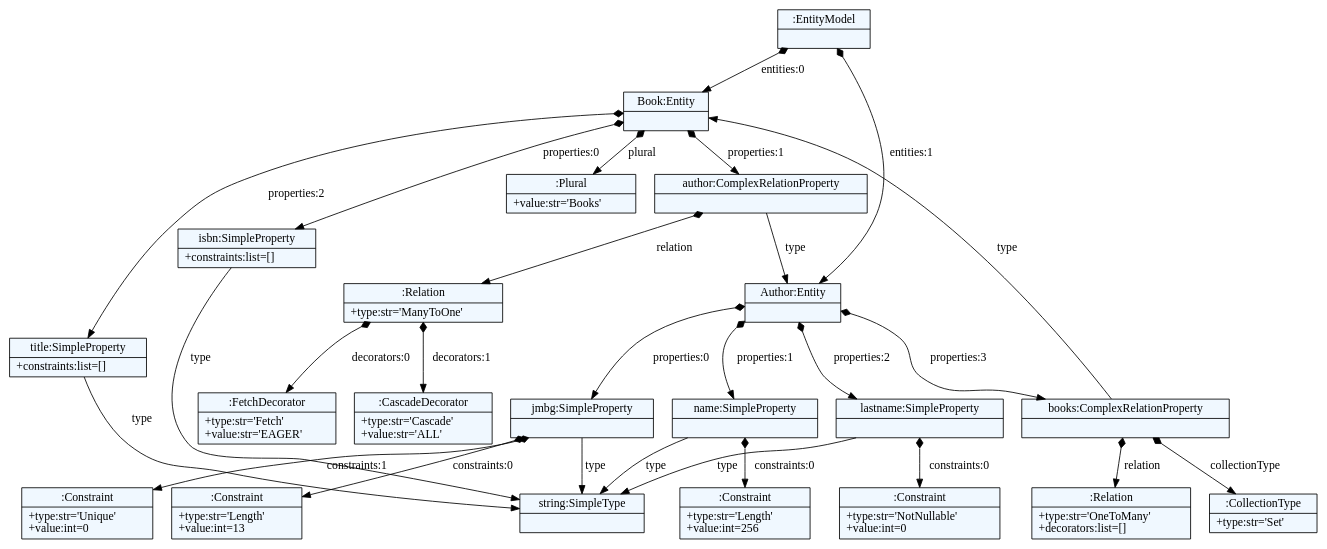
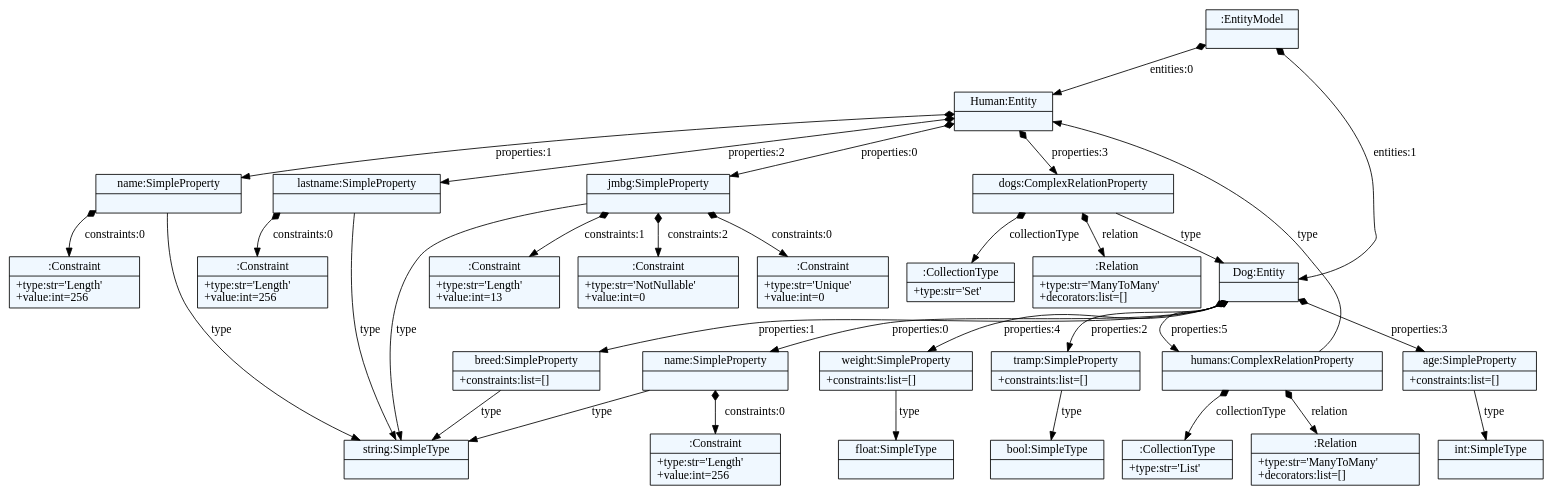
The diagram in dotexport/example.dot (saleee6/JSZDPocetni), drawn with Graphviz before and after one commit. The commit also changed 46 other files, not shown here.

```diff
--- a/dotexport/example.dot
+++ b/dotexport/example.dot
@@ -1,62 +1,74 @@
 
     digraph textX {
     fontname = "Bitstream Vera Sans"
     fontsize = 8
     node[
         shape=record,
         style=filled,
         fillcolor=aliceblue
     ]
     nodesep = 0.3
     edge[dir=black,arrowtail=empty]
 
 
-1652989299200 -> 1652989297760 [label="entities:0" arrowtail=diamond dir=both]
-1652989297760 -> 1652989300448 [label="properties:0" arrowtail=diamond dir=both]
-1652989300448 -> 1652947102064 [label="type" ]
-1652947102064[label="{string:SimpleType|}"]
-1652989300448[label="{isbn:SimpleProperty|+constraints:list=[]\l}"]
-1652989297760 -> 1652989298288 [label="properties:1" arrowtail=diamond dir=both]
-1652989298288 -> 1652989298144 [label="relation" arrowtail=diamond dir=both]
-1652989298144 -> 1652989297808 [label="decorators:0" arrowtail=diamond dir=both]
-1652989297808[label="{:FetchDecorator|+type:str='Fetch'\l+value:str='EAGER'\l}"]
-1652989298144 -> 1652989300160 [label="decorators:1" arrowtail=diamond dir=both]
-1652989300160[label="{:CascadeDecorator|+type:str='Cascade'\l+value:str='ALL'\l}"]
-1652989298144[label="{:Relation|+type:str='ManyToOne'\l}"]
-1652989298288 -> 1652989298336 [label="type" ]
-1652989298336 -> 1652989297616 [label="properties:0" arrowtail=diamond dir=both]
-1652989297616 -> 1652989296704 [label="constraints:0" arrowtail=diamond dir=both]
-1652989296704[label="{:Constraint|+type:str='Length'\l+value:int=13\l}"]
-1652989297616 -> 1652989299776 [label="constraints:1" arrowtail=diamond dir=both]
-1652989299776[label="{:Constraint|+type:str='Unique'\l+value:int=0\l}"]
-1652989297616 -> 1652947102064 [label="type" ]
-1652989297616[label="{jmbg:SimpleProperty|}"]
-1652989298336 -> 1652989297568 [label="properties:1" arrowtail=diamond dir=both]
-1652989297568 -> 1652989297904 [label="constraints:0" arrowtail=diamond dir=both]
-1652989297904[label="{:Constraint|+type:str='Length'\l+value:int=256\l}"]
-1652989297568 -> 1652947102064 [label="type" ]
-1652989297568[label="{name:SimpleProperty|}"]
-1652989298336 -> 1652989298768 [label="properties:2" arrowtail=diamond dir=both]
-1652989298768 -> 1652989299392 [label="constraints:0" arrowtail=diamond dir=both]
-1652989299392[label="{:Constraint|+type:str='NotNullable'\l+value:int=0\l}"]
-1652989298768 -> 1652947102064 [label="type" ]
-1652989298768[label="{lastname:SimpleProperty|}"]
-1652989298336 -> 1652989300016 [label="properties:3" arrowtail=diamond dir=both]
-1652989300016 -> 1652989266768 [label="relation" arrowtail=diamond dir=both]
-1652989266768[label="{:Relation|+type:str='OneToMany'\l+decorators:list=[]\l}"]
-1652989300016 -> 1652989266000 [label="collectionType" arrowtail=diamond dir=both]
-1652989266000[label="{:CollectionType|+type:str='Set'\l}"]
-1652989300016 -> 1652989297760 [label="type" ]
-1652989300016[label="{books:ComplexRelationProperty|}"]
-1652989298336[label="{Author:Entity|}"]
-1652989298288[label="{author:ComplexRelationProperty|}"]
-1652989297760 -> 1652989296896 [label="properties:2" arrowtail=diamond dir=both]
-1652989296896 -> 1652947102064 [label="type" ]
-1652989296896[label="{title:SimpleProperty|+constraints:list=[]\l}"]
-1652989297760 -> 1652989298672 [label="plural" arrowtail=diamond dir=both]
-1652989298672[label="{:Plural|+value:str='Books'\l}"]
-1652989297760[label="{Book:Entity|}"]
-1652989299200 -> 1652989298336 [label="entities:1" arrowtail=diamond dir=both]
-1652989299200[label="{:EntityModel|}"]
+1789543863296 -> 1789543865936 [label="entities:0" arrowtail=diamond dir=both]
+1789543865936 -> 1789543863440 [label="properties:0" arrowtail=diamond dir=both]
+1789543863440 -> 1789543822672 [label="constraints:0" arrowtail=diamond dir=both]
+1789543822672[label="{:Constraint|+type:str='Unique'\l+value:int=0\l}"]
+1789543863440 -> 1789543823392 [label="constraints:1" arrowtail=diamond dir=both]
+1789543823392[label="{:Constraint|+type:str='Length'\l+value:int=13\l}"]
+1789543863440 -> 1789543824496 [label="constraints:2" arrowtail=diamond dir=both]
+1789543824496[label="{:Constraint|+type:str='NotNullable'\l+value:int=0\l}"]
+1789543863440 -> 1789501778288 [label="type" ]
+1789501778288[label="{string:SimpleType|}"]
+1789543863440[label="{jmbg:SimpleProperty|}"]
+1789543865936 -> 1789543825168 [label="properties:1" arrowtail=diamond dir=both]
+1789543825168 -> 1789543824880 [label="constraints:0" arrowtail=diamond dir=both]
+1789543824880[label="{:Constraint|+type:str='Length'\l+value:int=256\l}"]
+1789543825168 -> 1789501778288 [label="type" ]
+1789543825168[label="{name:SimpleProperty|}"]
+1789543865936 -> 1789543825024 [label="properties:2" arrowtail=diamond dir=both]
+1789543825024 -> 1789543824400 [label="constraints:0" arrowtail=diamond dir=both]
+1789543824400[label="{:Constraint|+type:str='Length'\l+value:int=256\l}"]
+1789543825024 -> 1789501778288 [label="type" ]
+1789543825024[label="{lastname:SimpleProperty|}"]
+1789543865936 -> 1789543824016 [label="properties:3" arrowtail=diamond dir=both]
+1789543824016 -> 1789543823584 [label="relation" arrowtail=diamond dir=both]
+1789543823584[label="{:Relation|+type:str='ManyToMany'\l+decorators:list=[]\l}"]
+1789543824016 -> 1789543825312 [label="collectionType" arrowtail=diamond dir=both]
+1789543825312[label="{:CollectionType|+type:str='Set'\l}"]
+1789543824016 -> 1789543863872 [label="type" ]
+1789543863872 -> 1789543823632 [label="properties:0" arrowtail=diamond dir=both]
+1789543823632 -> 1789543821856 [label="constraints:0" arrowtail=diamond dir=both]
+1789543821856[label="{:Constraint|+type:str='Length'\l+value:int=256\l}"]
+1789543823632 -> 1789501778288 [label="type" ]
+1789543823632[label="{name:SimpleProperty|}"]
+1789543863872 -> 1789543821616 [label="properties:1" arrowtail=diamond dir=both]
+1789543821616 -> 1789501778288 [label="type" ]
+1789543821616[label="{breed:SimpleProperty|+constraints:list=[]\l}"]
+1789543863872 -> 1789543824592 [label="properties:2" arrowtail=diamond dir=both]
+1789543824592 -> 1789502233088 [label="type" ]
+1789502233088[label="{bool:SimpleType|}"]
+1789543824592[label="{tramp:SimpleProperty|+constraints:list=[]\l}"]
+1789543863872 -> 1789543823152 [label="properties:3" arrowtail=diamond dir=both]
+1789543823152 -> 1789502180752 [label="type" ]
+1789502180752[label="{int:SimpleType|}"]
+1789543823152[label="{age:SimpleProperty|+constraints:list=[]\l}"]
+1789543863872 -> 1789543823104 [label="properties:4" arrowtail=diamond dir=both]
+1789543823104 -> 1789543422224 [label="type" ]
+1789543422224[label="{float:SimpleType|}"]
+1789543823104[label="{weight:SimpleProperty|+constraints:list=[]\l}"]
+1789543863872 -> 1789543822576 [label="properties:5" arrowtail=diamond dir=both]
+1789543822576 -> 1789543822192 [label="relation" arrowtail=diamond dir=both]
+1789543822192[label="{:Relation|+type:str='ManyToMany'\l+decorators:list=[]\l}"]
+1789543822576 -> 1789543781808 [label="collectionType" arrowtail=diamond dir=both]
+1789543781808[label="{:CollectionType|+type:str='List'\l}"]
+1789543822576 -> 1789543865936 [label="type" ]
+1789543822576[label="{humans:ComplexRelationProperty|}"]
+1789543863872[label="{Dog:Entity|}"]
+1789543824016[label="{dogs:ComplexRelationProperty|}"]
+1789543865936[label="{Human:Entity|}"]
+1789543863296 -> 1789543863872 [label="entities:1" arrowtail=diamond dir=both]
+1789543863296[label="{:EntityModel|}"]
 
 }
```
